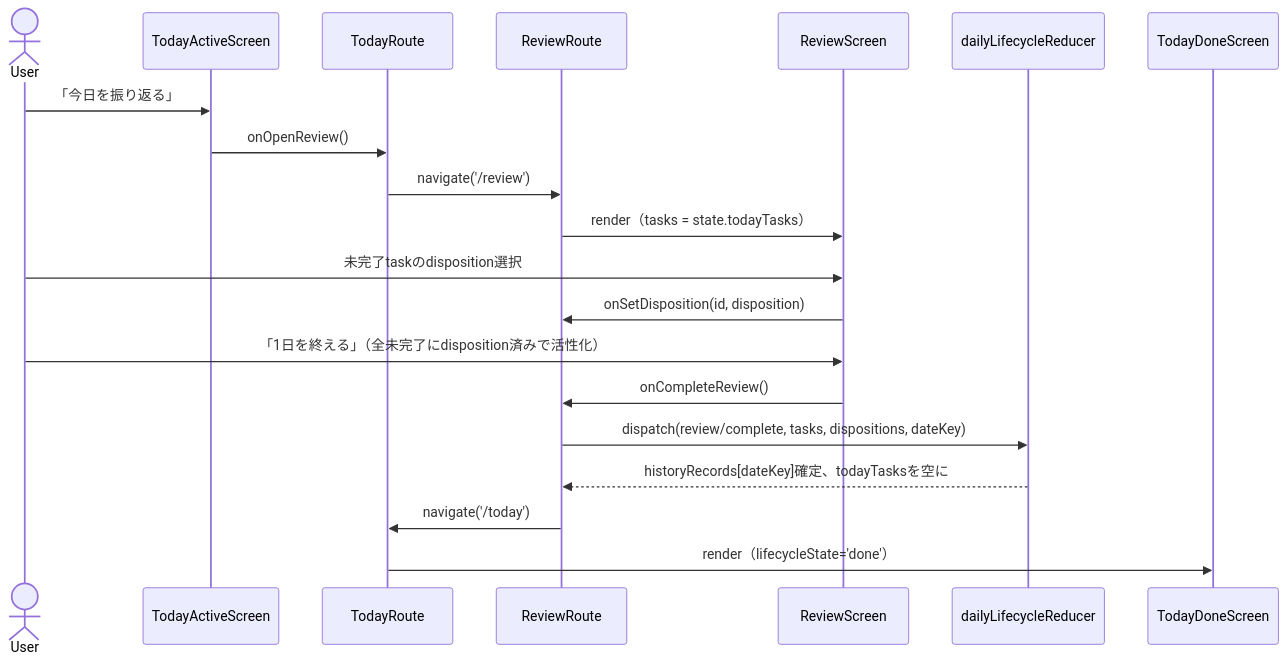
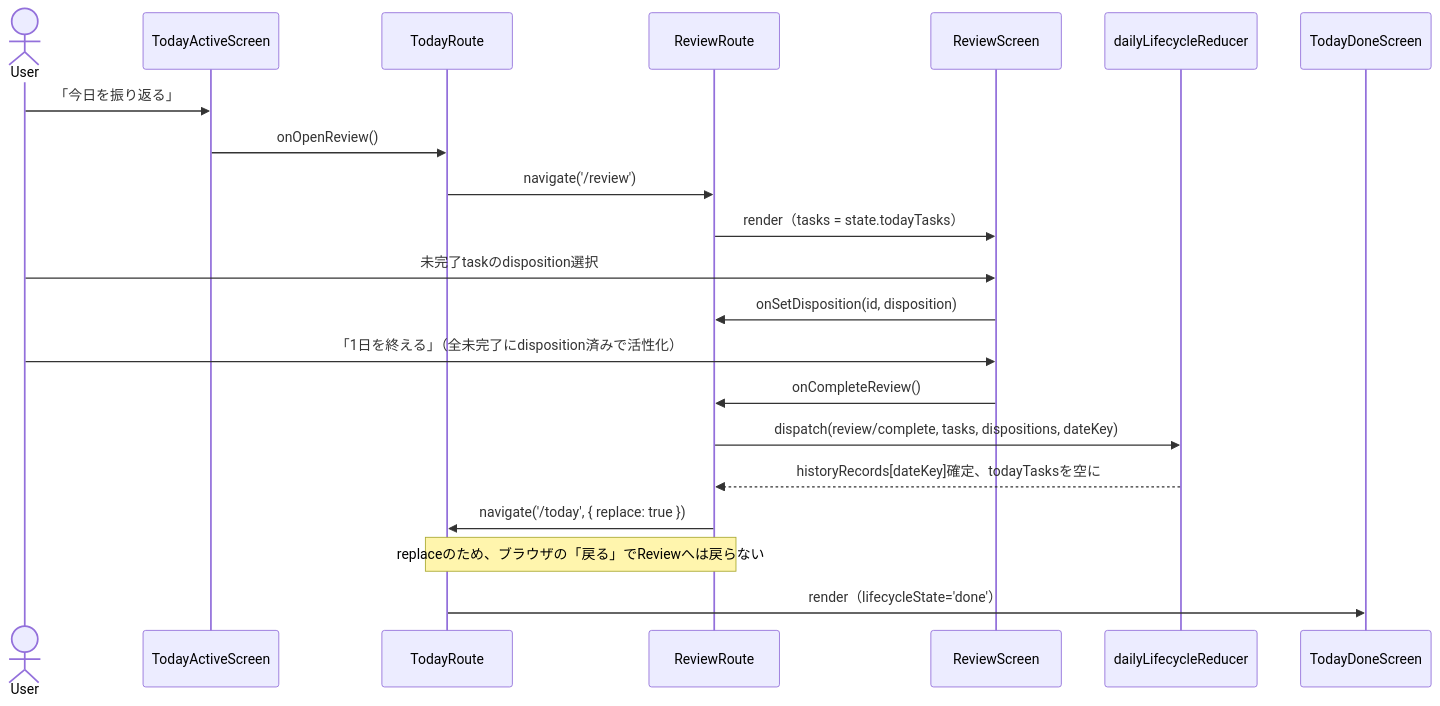
One commit to baco16g/pawgress changed the sixth of 11 diagrams in docs/architecture.md. Above: the diagram before and after it, drawn with Mermaid. The commit also changed other lines of this file and 4 other files, not shown here.

````diff
--- a/docs/architecture.md
+++ b/docs/architecture.md
@@ -274,24 +276,25 @@
 ```mermaid
 sequenceDiagram
     actor User
     participant TodayActiveScreen
     participant TodayRoute
     participant ReviewRoute
     participant ReviewScreen
     participant Reducer as dailyLifecycleReducer
     participant TodayDoneScreen
 
     User->>TodayActiveScreen: 「今日を振り返る」
     TodayActiveScreen->>TodayRoute: onOpenReview()
     TodayRoute->>ReviewRoute: navigate('/review')
     ReviewRoute->>ReviewScreen: render（tasks = state.todayTasks）
 
     User->>ReviewScreen: 未完了taskのdisposition選択
     ReviewScreen->>ReviewRoute: onSetDisposition(id, disposition)
     User->>ReviewScreen: 「1日を終える」（全未完了にdisposition済みで活性化）
     ReviewScreen->>ReviewRoute: onCompleteReview()
     ReviewRoute->>Reducer: dispatch(review/complete, tasks, dispositions, dateKey)
     Reducer-->>ReviewRoute: historyRecords[dateKey]確定、todayTasksを空に
-    ReviewRoute->>TodayRoute: navigate('/today')
+    ReviewRoute->>TodayRoute: navigate('/today', { replace: true })
+    Note over ReviewRoute,TodayRoute: replaceのため、ブラウザの「戻る」でReviewへは戻らない
     TodayRoute->>TodayDoneScreen: render（lifecycleState='done'）
 ```
````
